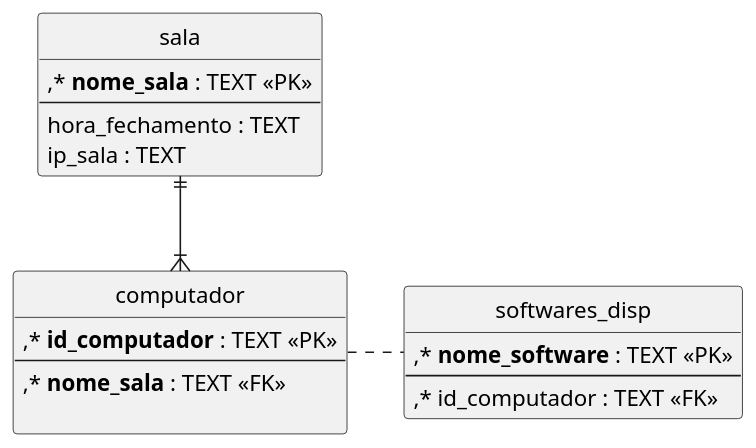
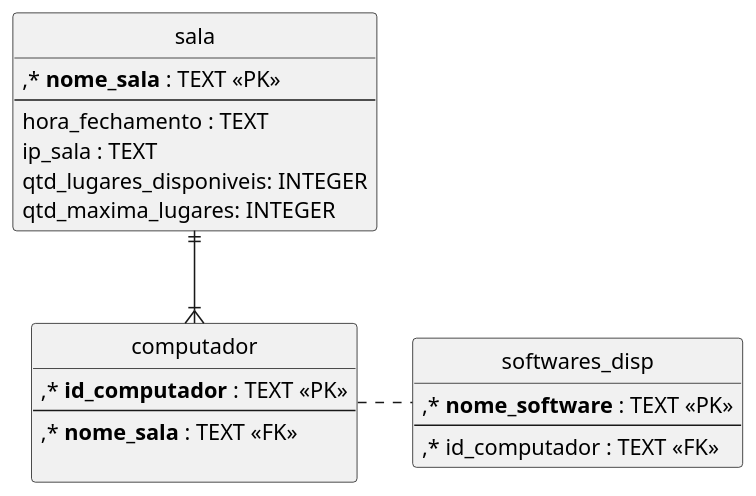
Before and after one commit to sociedade-do-pastel/softeiros: the diagram in docs/diagrama_relacional.org, drawn with PlantUML. The commit also changed 10 other files, not shown here.

```diff
--- a/docs/diagrama_relacional.org
+++ b/docs/diagrama_relacional.org
@@ -3,27 +3,29 @@
 #+begin_src plantuml :file ../imgs/diagramo_rel.png :exports results
   scale 600*900
   hide circle
   entity sala {
 	  ,* **nome_sala** : TEXT <<PK>>
 	  --
 	  hora_fechamento : TEXT 
-	  ip_sala : TEXT 
+	  ip_sala : TEXT
+	  qtd_lugares_disponiveis: INTEGER
+	  qtd_maxima_lugares: INTEGER
   }
 
   entity computador {
 	  ,* **id_computador** : TEXT <<PK>>
 	  --
 	  ,* **nome_sala** : TEXT <<FK>>
 
   }
 
   entity softwares_disp {
 	  ,* **nome_software** : TEXT <<PK>>
 	  --
 	  ,* id_computador : TEXT <<FK>>
   }
 
   sala ||--|{ computador
   computador . softwares_disp
 
 #+end_src
```
